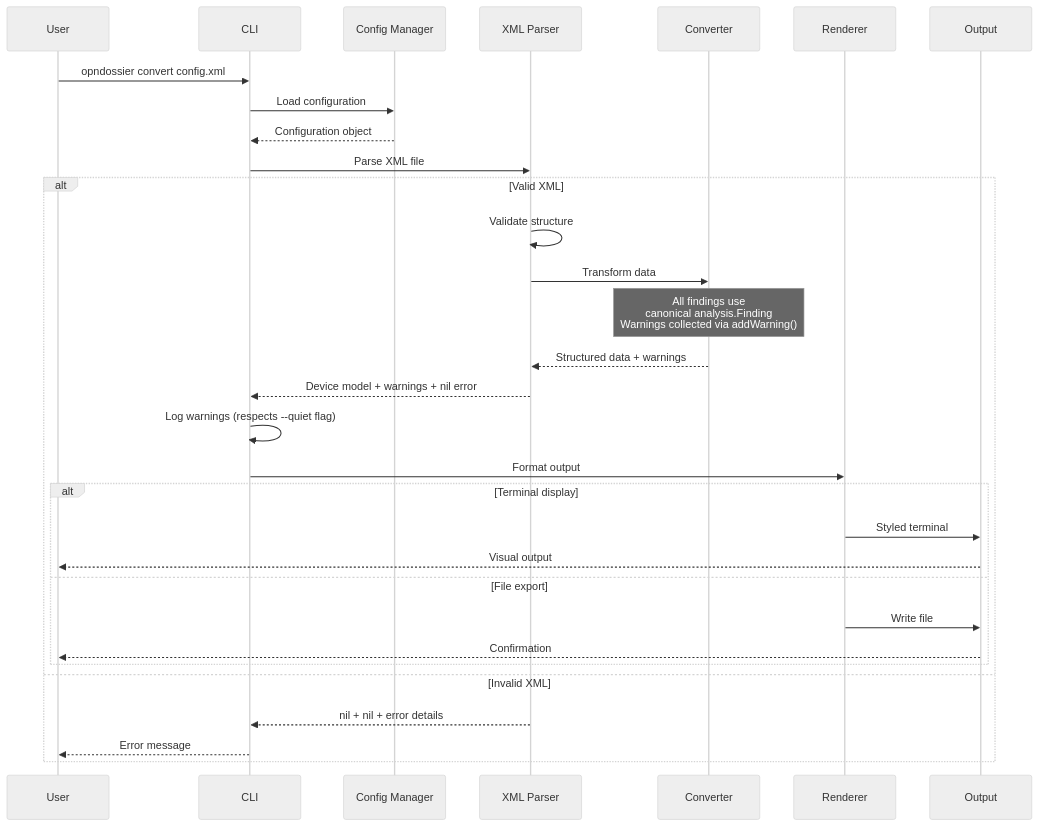
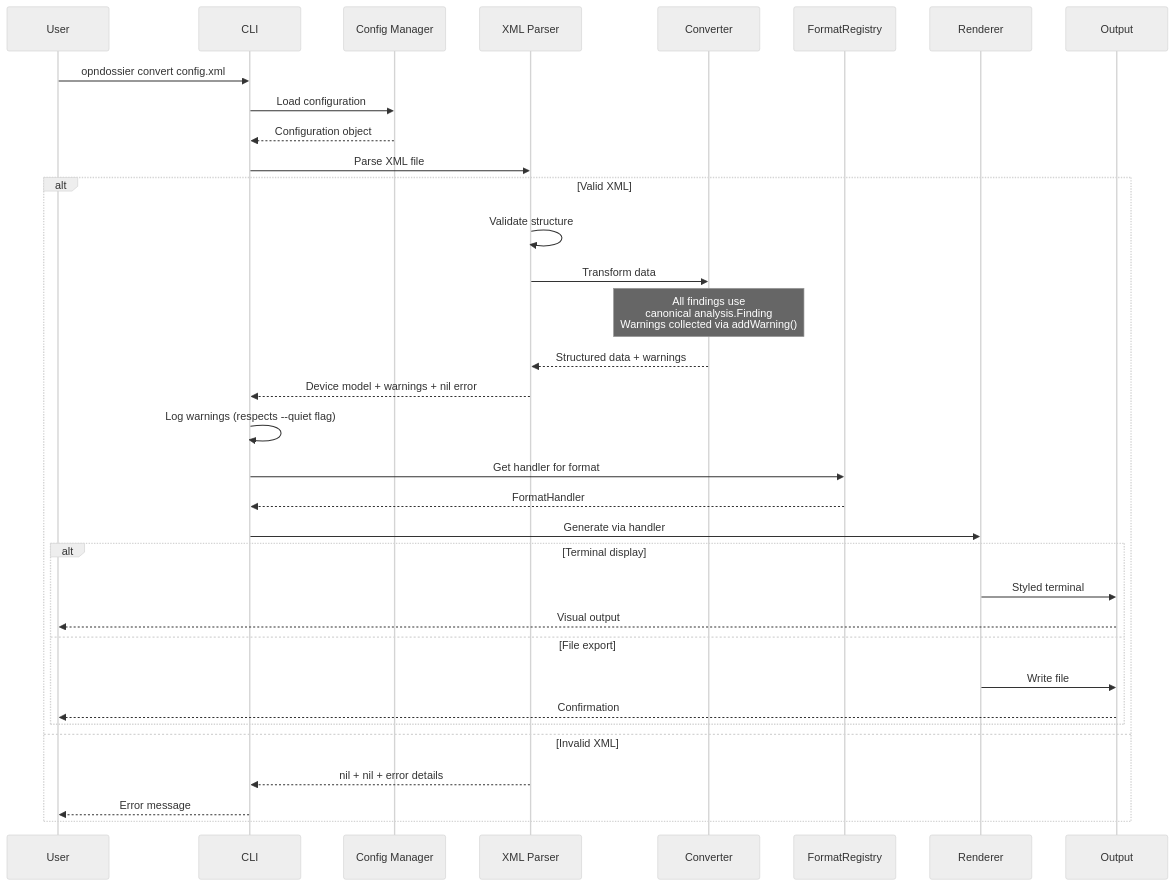
Before and after one commit to EvilBit-Labs/opnDossier: the third of 11 diagrams in docs/development/architecture.md, drawn with Mermaid (neutral theme). The commit also changed other lines of this file and 20 other files, not shown here.

First line of the commit message:
refactor(converter): introduce FormatRegistry to centralize format dispatch (#434)

````diff
--- a/docs/development/architecture.md
+++ b/docs/development/architecture.md
@@ -304,36 +306,39 @@
 ```mermaid
 sequenceDiagram
     participant User
     participant CLI
     participant ConfigMgr as Config Manager
     participant Parser as XML Parser
     participant Converter
+    participant Registry as FormatRegistry
     participant Renderer
     participant Output
 
     User->>CLI: opndossier convert config.xml
     CLI->>ConfigMgr: Load configuration
     ConfigMgr-->>CLI: Configuration object
     CLI->>Parser: Parse XML file
 
     alt Valid XML
         Parser->>Parser: Validate structure
         Parser->>Converter: Transform data
         Note over Converter: All findings use<br/>canonical analysis.Finding<br/>Warnings collected via addWarning()
         Converter-->>Parser: Structured data + warnings
         Parser-->>CLI: Device model + warnings + nil error
         CLI->>CLI: Log warnings (respects --quiet flag)
-        CLI->>Renderer: Format output
+        CLI->>Registry: Get handler for format
+        Registry-->>CLI: FormatHandler
+        CLI->>Renderer: Generate via handler
 
         alt Terminal display
             Renderer->>Output: Styled terminal
             Output-->>User: Visual output
         else File export
             Renderer->>Output: Write file
             Output-->>User: Confirmation
         end
     else Invalid XML
         Parser-->>CLI: nil + nil + error details
         CLI-->>User: Error message
     end
 ```
````
